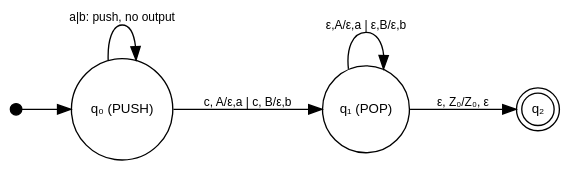
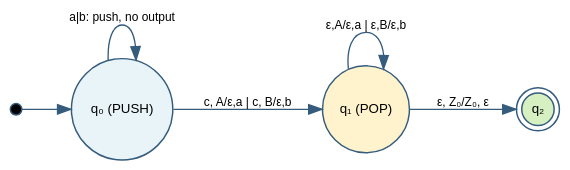
The third of 17 diagrams in semester-2/Theoretical Computer Science/7.qmd (p0dyakov/inno_notes), drawn with Graphviz before and after one commit. The commit also changed other lines of this file and 191 other files, not shown here.

````diff
--- a/semester-2/Theoretical Computer Science/7.qmd
+++ b/semester-2/Theoretical Computer Science/7.qmd
@@ -245,24 +245,24 @@
 ```{dot}
 //| fig-cap: "PDT for reversing wc → wᴿ"
 //| fig-width: 6
 //| fig-height: 1.4
 digraph PDT_reverse {
   rankdir=LR;
   bgcolor="transparent";
   nodesep=0.35;
   ranksep=0.5;
-  node [fontname="Helvetica", fontsize=10, margin="0.06,0.03", height=0.3];
-  edge [fontname="Helvetica", fontsize=9];
+  node [fontname="Helvetica", fontsize=10, margin="0.06,0.03", height=0.3, color="#355c7d", penwidth=1.1, style=filled, fillcolor="#e8f4f8"];
+  edge [fontname="Helvetica", fontsize=9, color="#355c7d"];
 
-  start [shape=point, width=0.12];
+  start [shape=point, width=0.12, fillcolor=black];
   q0 [shape=circle, label="q₀ (PUSH)"];
-  q1 [shape=circle, label="q₁ (POP)"];
-  q2 [shape=doublecircle, label="q₂"];
+  q1 [shape=circle, label="q₁ (POP)", fillcolor="#fff3cd"];
+  q2 [shape=doublecircle, label="q₂", fillcolor="#d7f0c2"];
 
   start -> q0;
   q0 -> q0 [label="a|b: push, no output"];
   q0 -> q1 [label="c, A/ε,a | c, B/ε,b"];
   q1 -> q1 [label="ε,A/ε,a | ε,B/ε,b"];
   q1 -> q2 [label="ε, Z₀/Z₀, ε"];
 }
 ```
````
